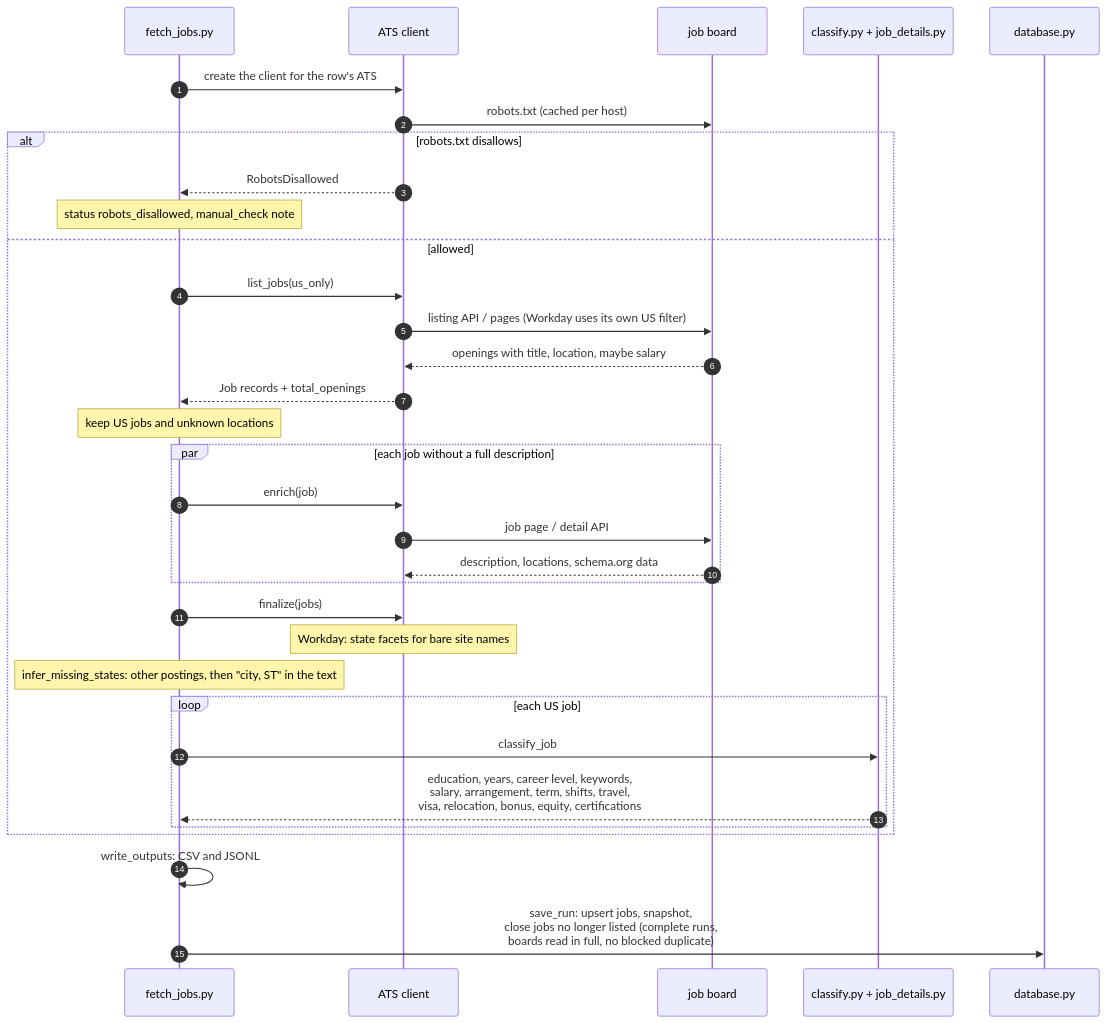
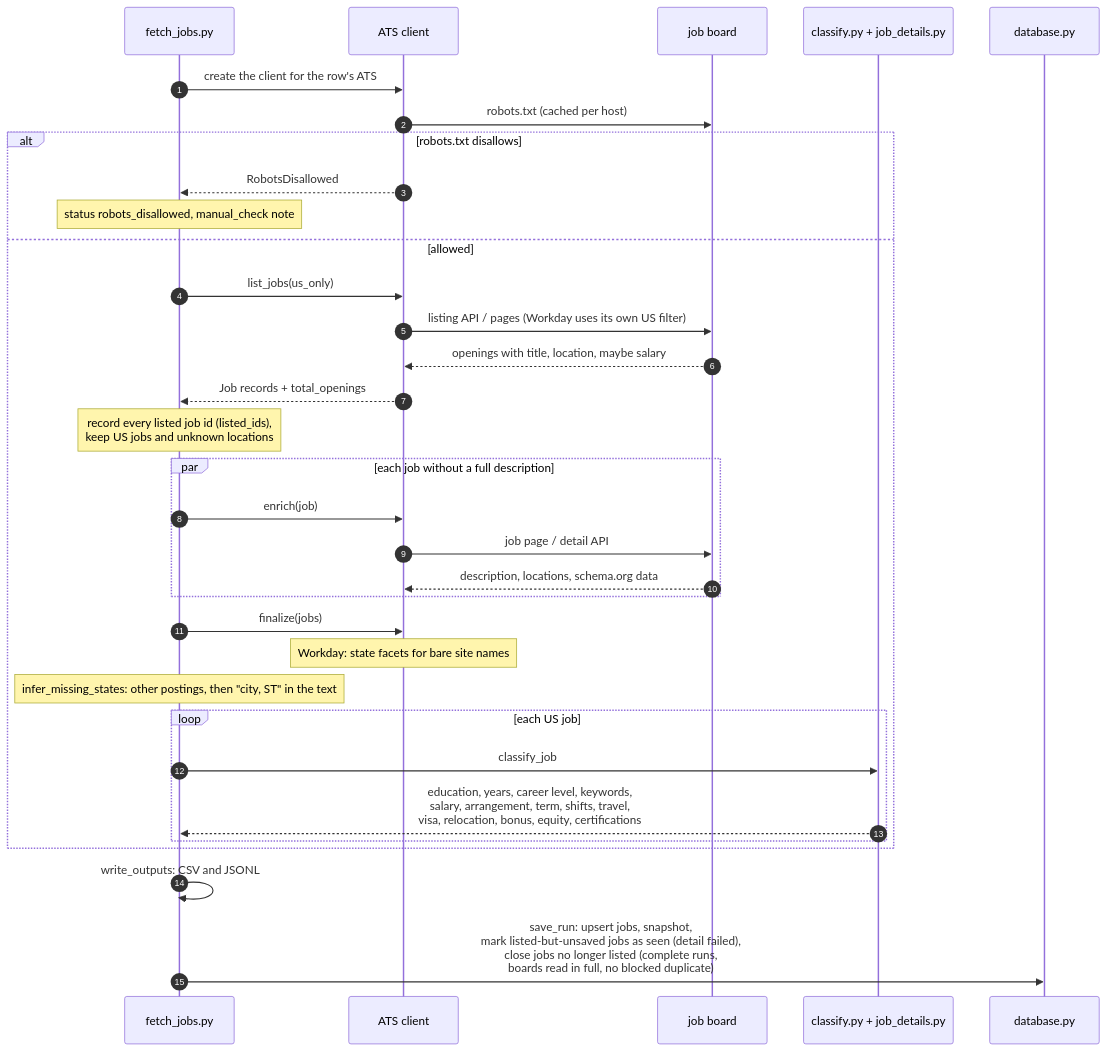
The third of 7 diagrams in ARCHITECTURE.md (gonzalou77/career-sifter), drawn with Mermaid before and after one commit. The commit also changed other lines of this file and 10 other files, not shown here.

````diff
--- a/ARCHITECTURE.md
+++ b/ARCHITECTURE.md
@@ -97,36 +98,36 @@
 ```mermaid
 sequenceDiagram
     autonumber
     participant FJ as fetch_jobs.py
     participant C as ATS client
     participant B as job board
     participant T as classify.py + job_details.py
     participant DB as database.py
 
     FJ->>C: create the client for the row's ATS
     C->>B: robots.txt (cached per host)
     alt robots.txt disallows
         C-->>FJ: RobotsDisallowed
         Note over FJ: status robots_disallowed, manual_check note
     else allowed
         FJ->>C: list_jobs(us_only)
         C->>B: listing API / pages (Workday uses its own US filter)
         B-->>C: openings with title, location, maybe salary
         C-->>FJ: Job records + total_openings
-        Note over FJ: keep US jobs and unknown locations
+        Note over FJ: record every listed job id (listed_ids),<br/>keep US jobs and unknown locations
         par each job without a full description
             FJ->>C: enrich(job)
             C->>B: job page / detail API
             B-->>C: description, locations, schema.org data
         end
         FJ->>C: finalize(jobs)
         Note over C: Workday: state facets for bare site names
         Note over FJ: infer_missing_states: other postings, then "city, ST" in the text
         loop each US job
             FJ->>T: classify_job
             T-->>FJ: education, years, career level, keywords,<br/>salary, arrangement, term, shifts, travel,<br/>visa, relocation, bonus, equity, certifications
         end
     end
     FJ->>FJ: write_outputs: CSV and JSONL
-    FJ->>DB: save_run: upsert jobs, snapshot,<br/>close jobs no longer listed (complete runs,<br/>boards read in full, no blocked duplicate)
+    FJ->>DB: save_run: upsert jobs, snapshot,<br/>mark listed-but-unsaved jobs as seen (detail failed),<br/>close jobs no longer listed (complete runs,<br/>boards read in full, no blocked duplicate)
 ```
````
